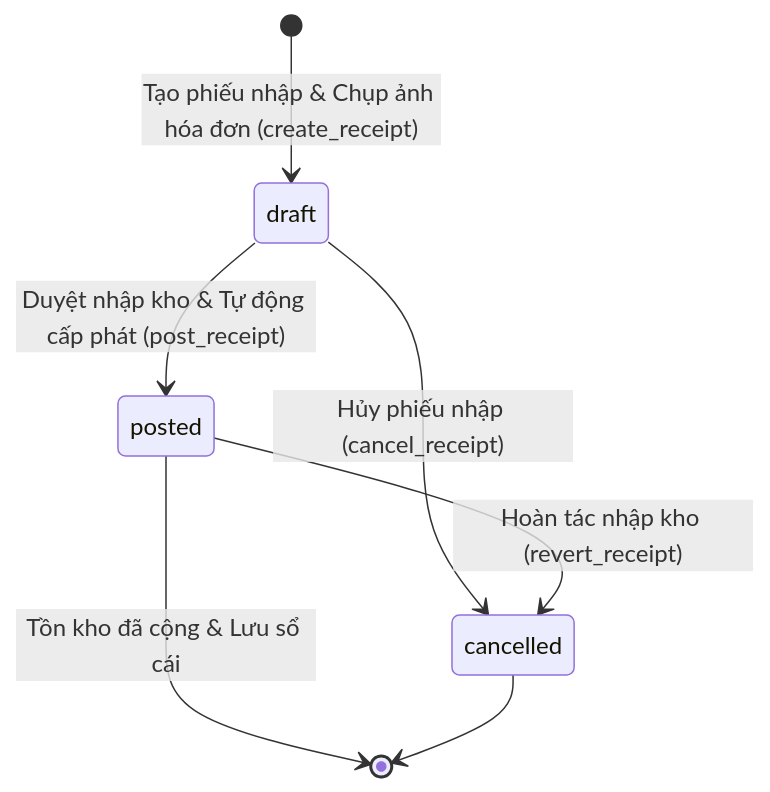
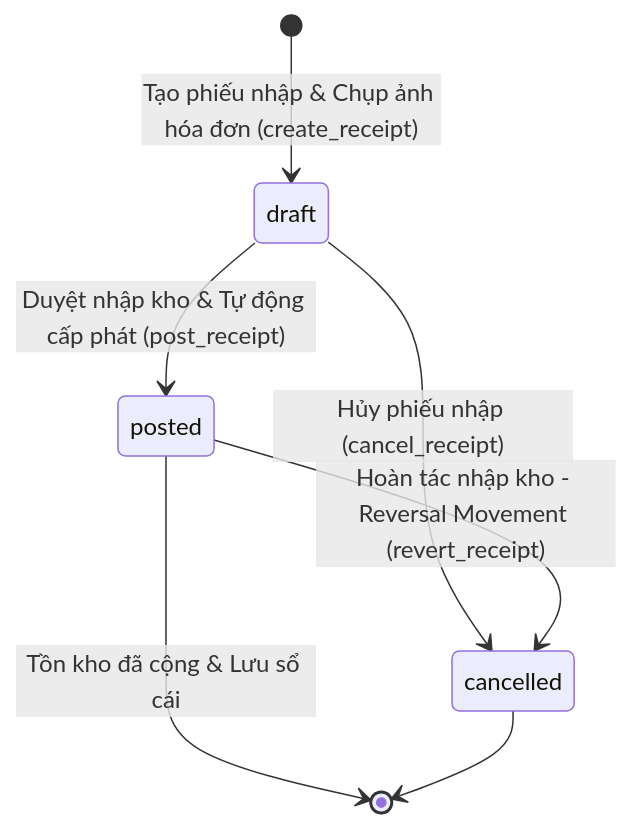
The second of 8 diagrams in docs/architecture/state-machines.md (theiheu/minh-tan-phat-supply), drawn with Mermaid before and after one commit. The commit also changed other lines of this file and 244 other files, not shown here.

````diff
--- a/docs/architecture/state-machines.md
+++ b/docs/architecture/state-machines.md
@@ -41,9 +43,9 @@
 ```mermaid
 stateDiagram-v2
     [*] --> draft: Tạo phiếu nhập & Chụp ảnh hóa đơn (create_receipt)
     draft --> posted: Duyệt nhập kho & Tự động cấp phát (post_receipt)
     draft --> cancelled: Hủy phiếu nhập (cancel_receipt)
-    posted --> cancelled: Hoàn tác nhập kho (revert_receipt)
+    posted --> cancelled: Hoàn tác nhập kho - Reversal Movement (revert_receipt)
     posted --> [*]: Tồn kho đã cộng & Lưu sổ cái
     cancelled --> [*]
 ```
````
